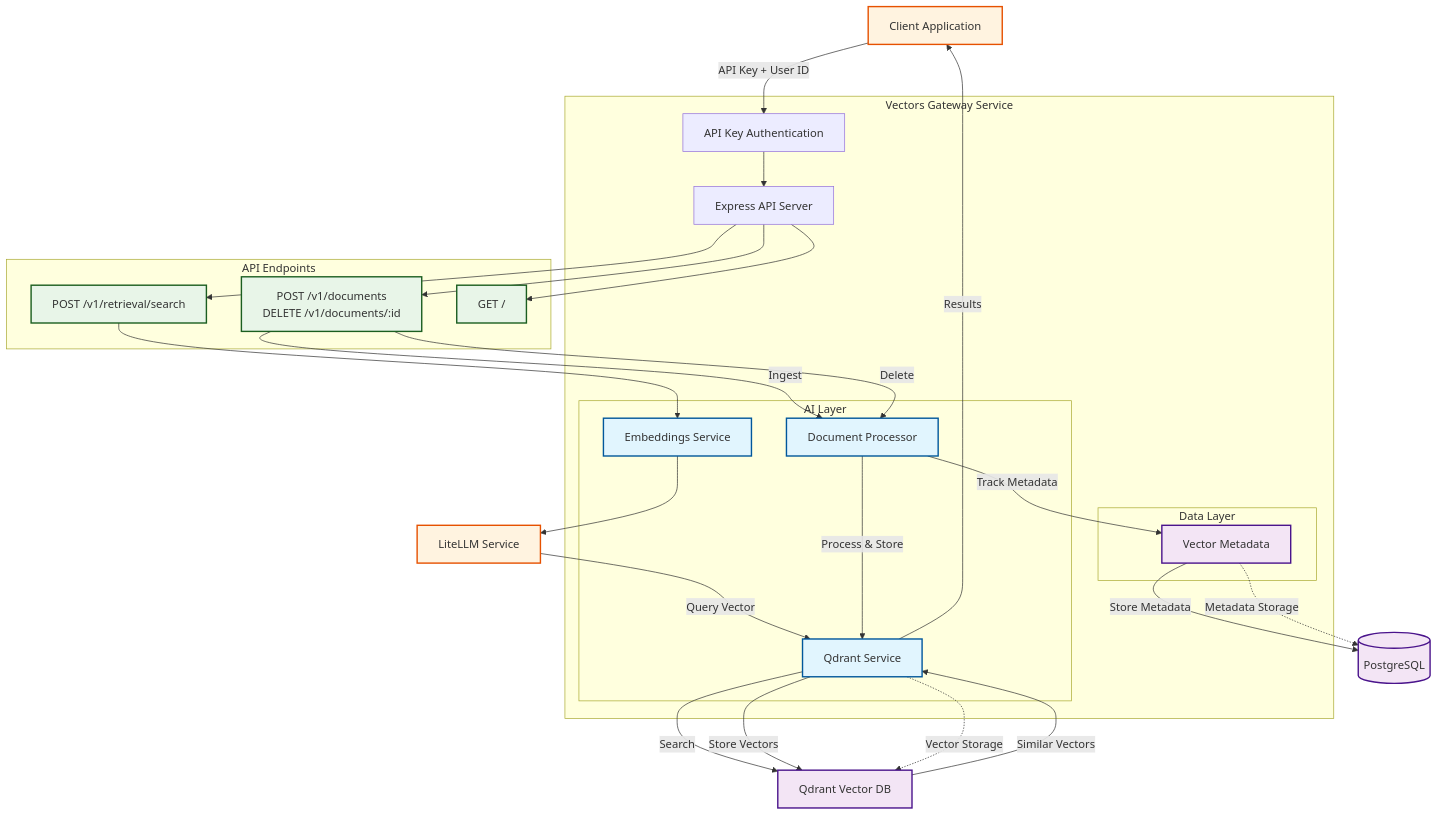
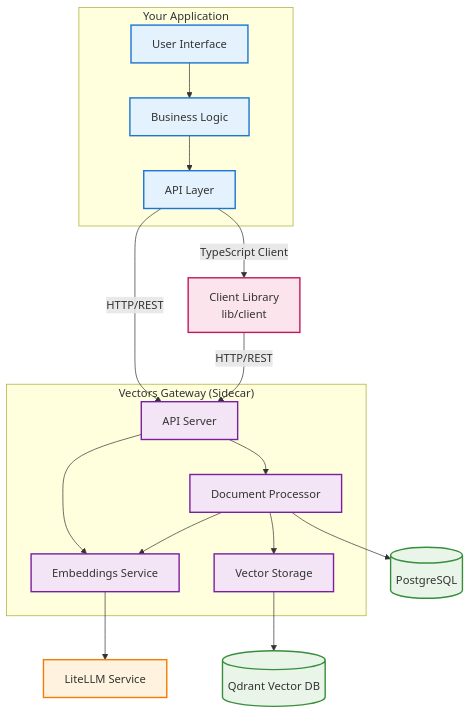
Before and after one commit to url4irl/vectors-gateway: the diagram in README.md, drawn with Mermaid. The commit also changed other lines of this file and 1 other file, not shown here.

Commit message:
fix: require base url from the client library

````diff
--- a/README.md
+++ b/README.md
@@ -18,72 +49,54 @@
 ```mermaid
 graph TB
+    %% Main Application
+    subgraph "Your Application"
+        UI[User Interface]
+        BL[Business Logic]
+        API[API Layer]
+    end
+    
+    %% Vectors Gateway (Sidecar)
+    subgraph "Vectors Gateway (Sidecar)"
+        VG_API[API Server]
+        DOC[Document Processor]
+        EMB[Embeddings Service]
+        VEC[Vector Storage]
+    end
+    
     %% External Services
-    Client[Client Application]
     LiteLLM[LiteLLM Service]
-    Qdrant[Qdrant Vector DB]
+    Qdrant[(Qdrant Vector DB)]
     PostgreSQL[(PostgreSQL)]
     
-    %% Vectors Gateway Service
-    subgraph "Vectors Gateway Service"
-        API[Express API Server]
-        Auth[API Key Authentication]
-        
-        subgraph "AI Layer"
-            Embeddings[Embeddings Service]
-            QdrantService[Qdrant Service]
-            DocumentProcessor[Document Processor]
-        end
-        
-        subgraph "Data Layer"
-            Metadata[Vector Metadata]
-        end
-    end
+    %% Client Library
+    CLIENT[Client Library<br/>lib/client]
     
-    %% API Endpoints
-    subgraph "API Endpoints"
-        RetrievalAPI[POST /v1/retrieval/search]
-        DocumentsAPI[POST /v1/documents<br/>DELETE /v1/documents/:id]
-        HealthAPI[GET /]
-    end
+    %% Connections
+    UI --> BL
+    BL --> API
+    API -->|HTTP/REST| VG_API
+    API -->|TypeScript Client| CLIENT
+    CLIENT -->|HTTP/REST| VG_API
     
-    %% Client Interactions
-    Client -->|API Key + User ID| Auth
-    Auth --> API
-    
-    %% API Routing
-    API --> RetrievalAPI
-    API --> DocumentsAPI
-    API --> HealthAPI
-    
-    
-    %% Retrieval Flow (Search)
-    RetrievalAPI --> Embeddings
-    Embeddings --> LiteLLM
-    LiteLLM -->|Query Vector| QdrantService
-    QdrantService -->|Search| Qdrant
-    Qdrant -->|Similar Vectors| QdrantService
-    QdrantService -->|Results| Client
-    
-    %% Document Management Flow
-    DocumentsAPI -->|Ingest| DocumentProcessor
-    DocumentsAPI -->|Delete| DocumentProcessor
-    DocumentProcessor -->|Process & Store| QdrantService
-    DocumentProcessor -->|Track Metadata| Metadata
-    QdrantService -->|Store Vectors| Qdrant
-    Metadata -->|Store Metadata| PostgreSQL
-    
-    %% Data Storage
-    QdrantService -.->|Vector Storage| Qdrant
-    Metadata -.->|Metadata Storage| PostgreSQL
+    %% Vectors Gateway Internal Flow
+    VG_API --> DOC
+    VG_API --> EMB
+    DOC --> EMB
+    EMB --> LiteLLM
+    DOC --> VEC
+    VEC --> Qdrant
+    DOC --> PostgreSQL
     
     %% Styling
-    classDef service fill:#e1f5fe,stroke:#01579b,stroke-width:2px
-    classDef database fill:#f3e5f5,stroke:#4a148c,stroke-width:2px
-    classDef api fill:#e8f5e8,stroke:#1b5e20,stroke-width:2px
-    classDef external fill:#fff3e0,stroke:#e65100,stroke-width:2px
+    classDef app fill:#e3f2fd,stroke:#1976d2,stroke-width:2px
+    classDef sidecar fill:#f3e5f5,stroke:#7b1fa2,stroke-width:2px
+    classDef external fill:#fff3e0,stroke:#f57c00,stroke-width:2px
+    classDef database fill:#e8f5e8,stroke:#388e3c,stroke-width:2px
+    classDef client fill:#fce4ec,stroke:#c2185b,stroke-width:2px
     
-    class Embeddings,QdrantService,DocumentProcessor service
-    class Qdrant,PostgreSQL,Metadata database
-    class RetrievalAPI,DocumentsAPI,HealthAPI api
-    class Client,LiteLLM external
+    class UI,BL,API app
+    class VG_API,DOC,EMB,VEC sidecar
+    class LiteLLM external
+    class Qdrant,PostgreSQL database
+    class CLIENT client
 ```
````
